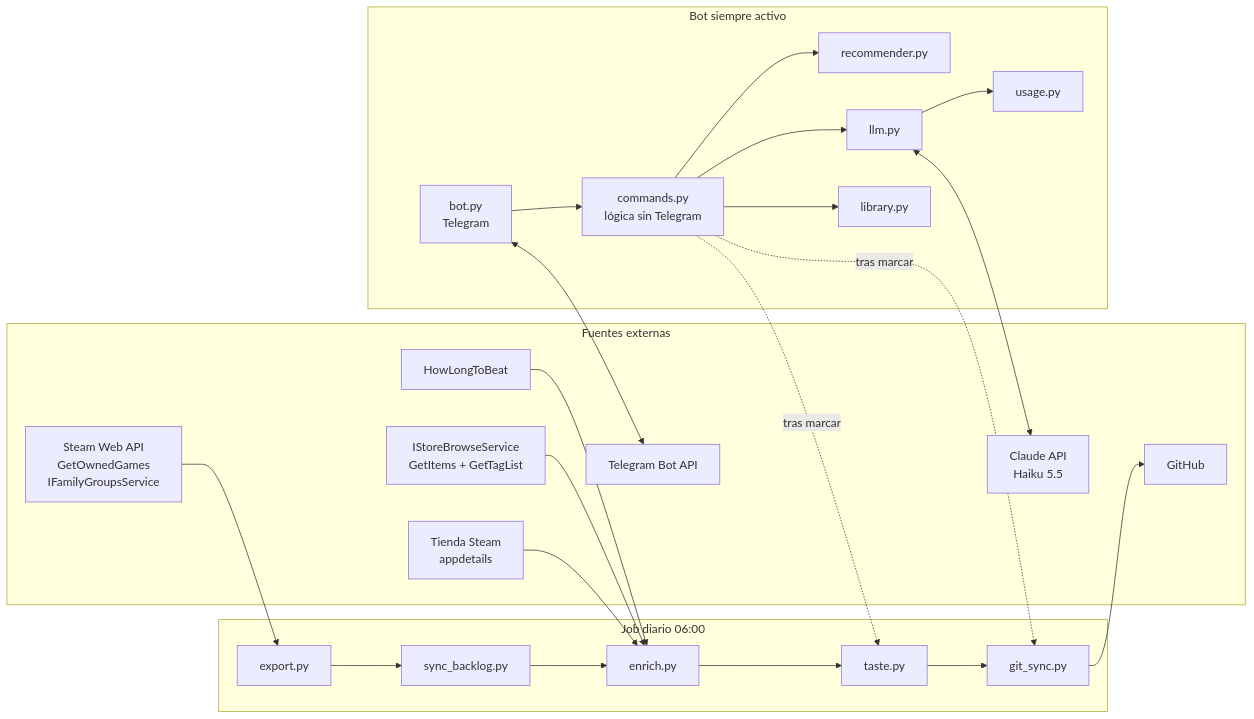
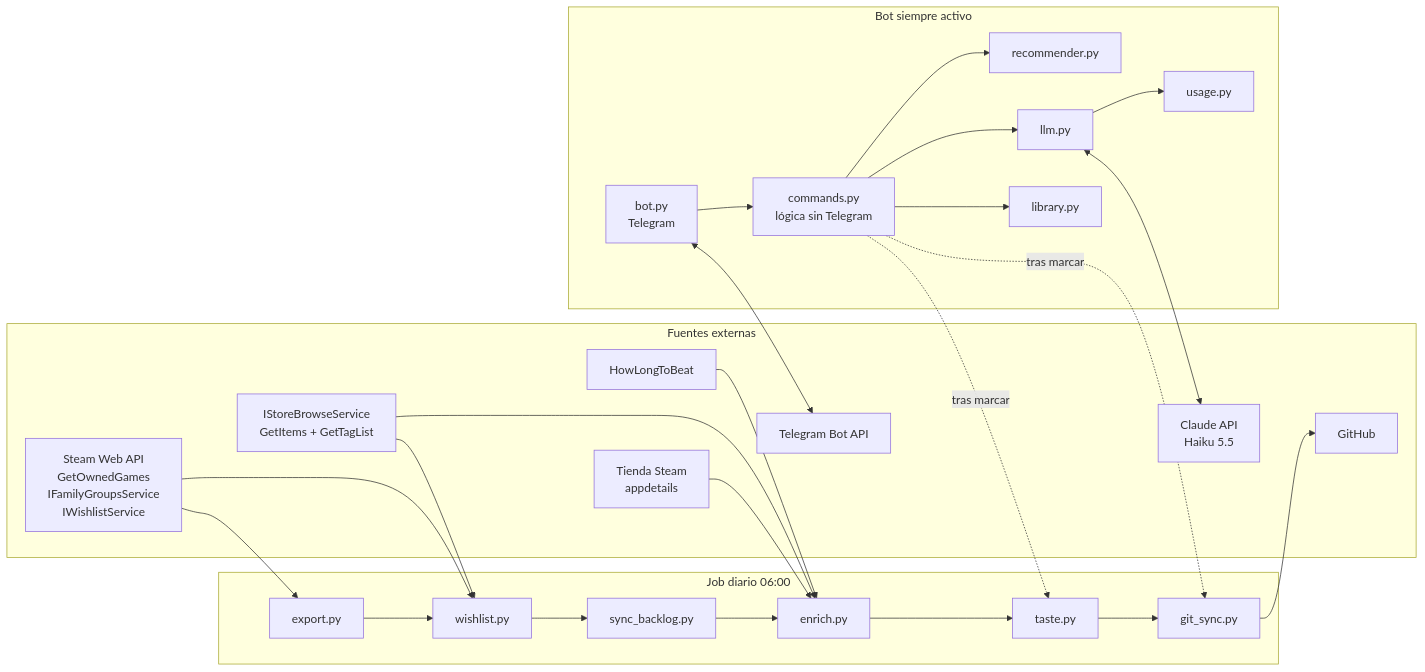
One commit to Mepoide/steam-backlog changed the first of 4 diagrams in docs/arquitectura.md. Above: the diagram before and after it, drawn with Mermaid. The commit also changed other lines of this file and 1 other file, not shown here.

````diff
--- a/docs/arquitectura.md
+++ b/docs/arquitectura.md
@@ -49,31 +51,32 @@
 ```mermaid
 flowchart LR
     subgraph Fuentes externas
-        SAPI[Steam Web API<br/>GetOwnedGames<br/>IFamilyGroupsService]
+        SAPI[Steam Web API<br/>GetOwnedGames<br/>IFamilyGroupsService<br/>IWishlistService]
         STORE[Tienda Steam<br/>appdetails]
         ISB[IStoreBrowseService<br/>GetItems + GetTagList]
         HLTB[HowLongToBeat]
         CLAUDE[Claude API<br/>Haiku 5.5]
         TG[Telegram Bot API]
         GH[GitHub]
     end
 
     subgraph Job diario 06:00
-        EXP[export.py] --> SYNC[sync_backlog.py] --> ENR[enrich.py] --> TASTE[taste.py] --> GIT[git_sync.py]
+        EXP[export.py] --> WISH[wishlist.py] --> SYNC[sync_backlog.py] --> ENR[enrich.py] --> TASTE[taste.py] --> GIT[git_sync.py]
     end
 
     subgraph Bot siempre activo
         BOT[bot.py<br/>Telegram] --> CMD[commands.py<br/>lógica sin Telegram]
         CMD --> REC[recommender.py]
         CMD --> LLM[llm.py] --> USAGE[usage.py]
         CMD --> LIB[library.py]
         CMD -. tras marcar .-> TASTE
         CMD -. tras marcar .-> GIT
     end
 
     SAPI --> EXP
+    SAPI & ISB --> WISH
     STORE & ISB & HLTB --> ENR
     LLM <--> CLAUDE
     BOT <--> TG
     GIT --> GH
 ```
````
